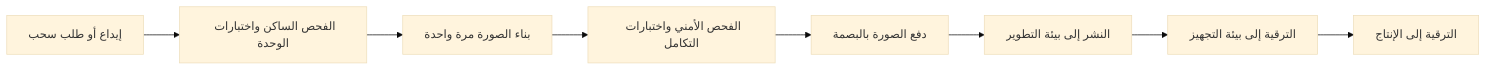
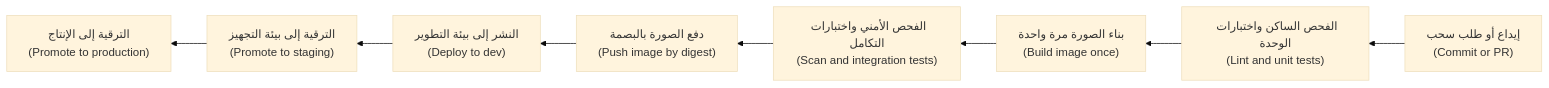
Before and after one commit to Tamoura/system-design-for-vibe-coders: the first of 3 diagrams in cloud/modules/04-cicd.ar.md, drawn with Mermaid (base theme). The commit also changed other lines of this file and 20 other files, not shown here.

First line of the commit message:
New courses: Arabic diagrams read right-to-left with English labels (modules 0–6)

````diff
--- a/cloud/modules/04-cicd.ar.md
+++ b/cloud/modules/04-cicd.ar.md
@@ -45,10 +45,10 @@
 ```mermaid
-flowchart LR
-    C["إيداع أو طلب سحب"] --> L["الفحص الساكن واختبارات الوحدة"]
-    L --> B["بناء الصورة مرة واحدة"]
-    B --> S["الفحص الأمني واختبارات التكامل"]
-    S --> P["دفع الصورة بالبصمة"]
-    P --> D["النشر إلى بيئة التطوير"]
-    D --> ST["الترقية إلى بيئة التجهيز"]
-    ST --> PR["الترقية إلى الإنتاج"]
+flowchart RL
+    C["إيداع أو طلب سحب<br/>(Commit or PR)"] --> L["الفحص الساكن واختبارات الوحدة<br/>(Lint and unit tests)"]
+    L --> B["بناء الصورة مرة واحدة<br/>(Build image once)"]
+    B --> S["الفحص الأمني واختبارات التكامل<br/>(Scan and integration tests)"]
+    S --> P["دفع الصورة بالبصمة<br/>(Push image by digest)"]
+    P --> D["النشر إلى بيئة التطوير<br/>(Deploy to dev)"]
+    D --> ST["الترقية إلى بيئة التجهيز<br/>(Promote to staging)"]
+    ST --> PR["الترقية إلى الإنتاج<br/>(Promote to production)"]
 ```
````
